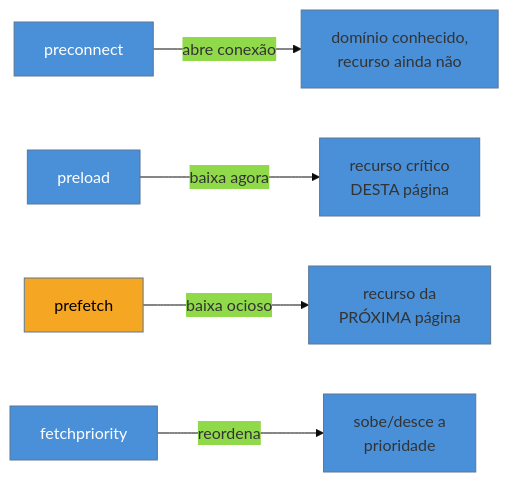
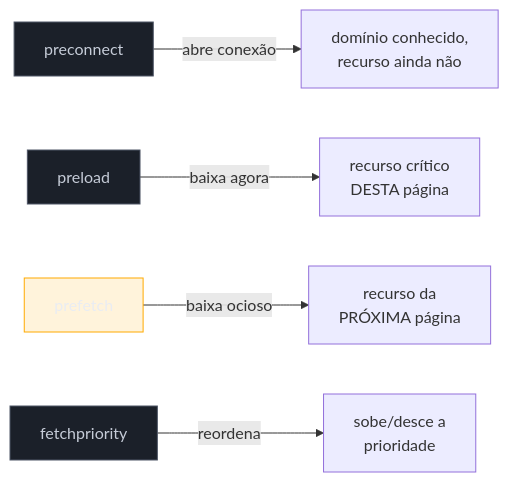
The diagram in 03-Dominios/Tecnologia/Web Performance/Performance de Carregamento/03 - Resource hints e prioridade.md (josenaldo/codex-technomanticus), drawn with Mermaid before and after one commit. The commit also changed 1181 other files, not shown here.

First line of the commit message:
fix(diagramas): paleta do sistema no lugar de cor cravada no markdown

````diff
--- a/03-Dominios/Tecnologia/Web Performance/Performance de Carregamento/03 - Resource hints e prioridade.md
+++ b/03-Dominios/Tecnologia/Web Performance/Performance de Carregamento/03 - Resource hints e prioridade.md
@@ -29,12 +29,13 @@
 ```mermaid
-%%{init: {"theme": "base", "themeVariables": {"primaryColor": "#4A90D9"}}}%%
 graph LR
+    classDef neutro fill:#1B2029,stroke:#4E5666,color:#C6CCD8
+    classDef destaque fill:#FFAA0024,stroke:#FFAA00,color:#E9ECF2
     A[preconnect] -->|abre conexão| A1["domínio conhecido,<br/>recurso ainda não"]
     B[preload] -->|baixa agora| B1["recurso crítico<br/>DESTA página"]
     C[prefetch] -->|baixa ocioso| C1["recurso da<br/>PRÓXIMA página"]
     D[fetchpriority] -->|reordena| D1["sobe/desce a<br/>prioridade"]
-    style A fill:#4A90D9,color:#fff
-    style B fill:#4A90D9,color:#fff
-    style C fill:#F5A623,color:#000
-    style D fill:#4A90D9,color:#fff
+    class A neutro
+    class B neutro
+    class C destaque
+    class D neutro
 ```
````
